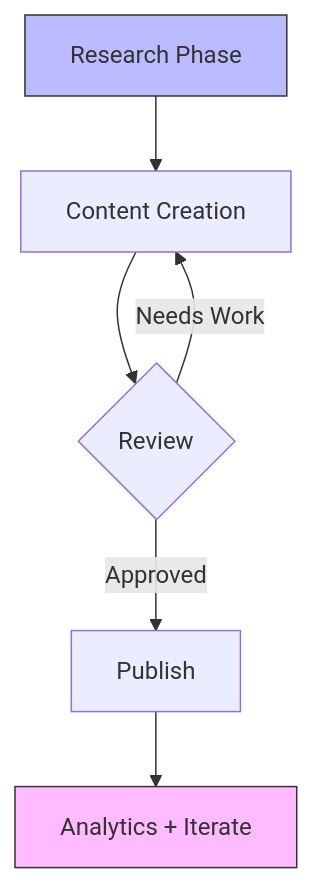
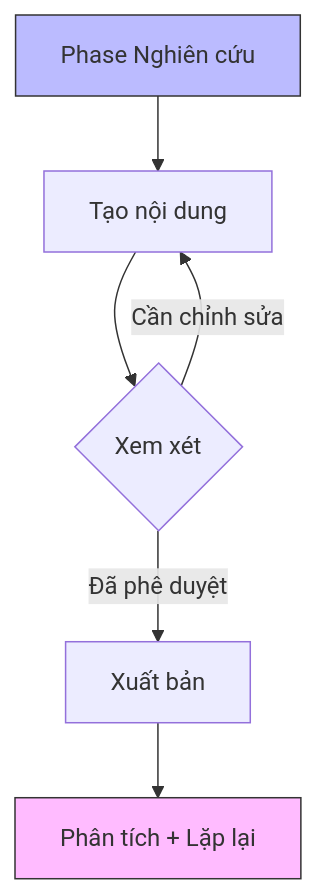
One commit to hungsinhbg69-cmyk/smee-vault changed the second of 2 diagrams in 00-Meta/VAULT-ANALYTICS.md. Above: the diagram before and after it, drawn with Mermaid. The commit also changed other lines of this file and 221 other files, not shown here.

````diff
--- a/00-Meta/VAULT-ANALYTICS.md
+++ b/00-Meta/VAULT-ANALYTICS.md
@@ -96,10 +96,10 @@
 ```mermaid
 graph TD
-    A[Research Phase] --> B[Content Creation]
-    B --> C{Review}
-    C -->|Approved| D[Publish]
-    C -->|Needs Work| B
-    D --> E[Analytics + Iterate]
+    A[Phase Nghiên cứu] --> B[Tạo nội dung]
+    B --> C{Xem xét}
+    C -->|Đã phê duyệt| D[Xuất bản]
+    C -->|Cần chỉnh sửa| B
+    D --> E[Phân tích + Lặp lại]
     style A fill:#bbf,stroke:#333
     style E fill:#fbf,stroke:#333
 ```
````
